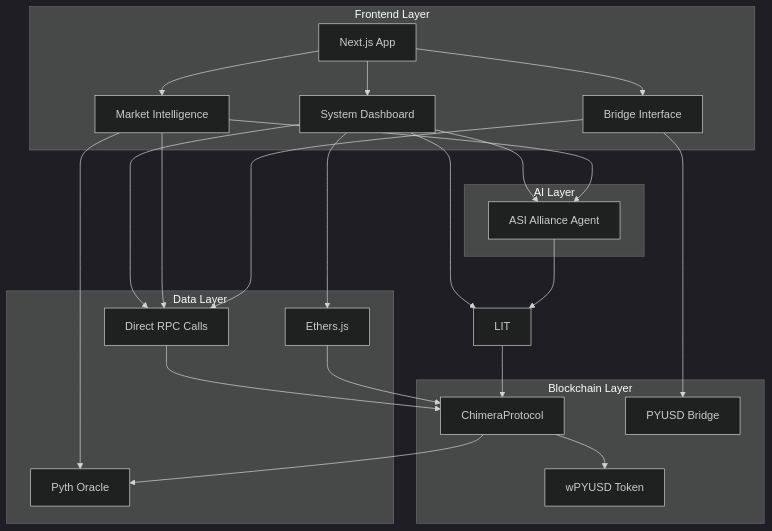
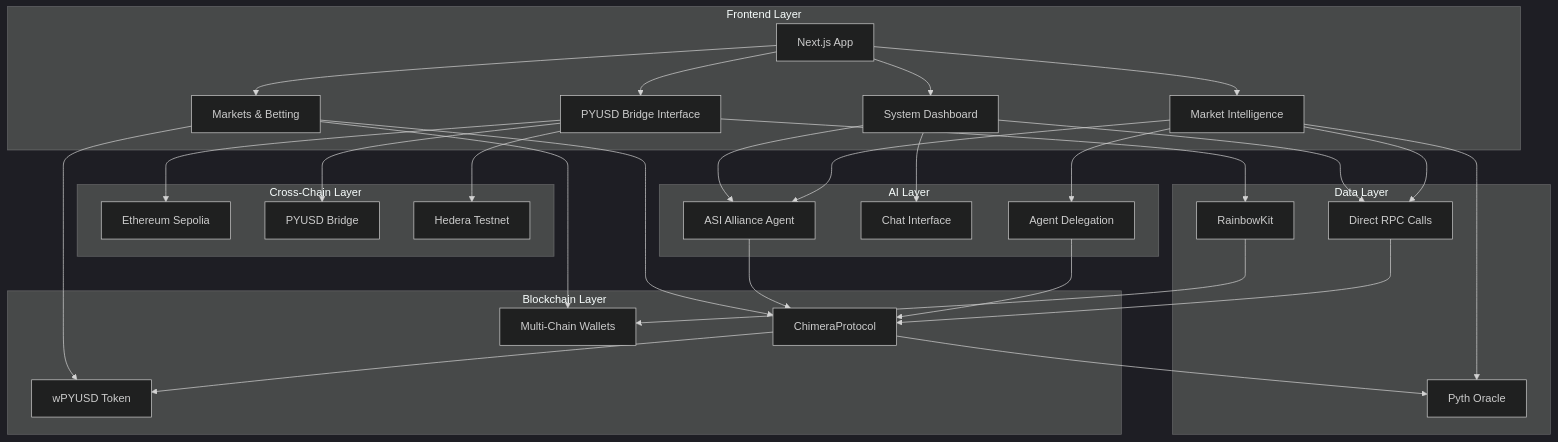
Before and after one commit to enliven17/chimera-protocol: the diagram in README.md, drawn with Mermaid (dark theme). The commit also changed other lines of this file, not shown here.

````diff
--- a/README.md
+++ b/README.md
@@ -59,50 +70,65 @@
 ```mermaid
 graph TB
     subgraph "Frontend Layer"
         FE[Next.js App]
         SD[System Dashboard]
         MI[Market Intelligence]
-        BR[Bridge Interface]
+        BR[PYUSD Bridge Interface]
+        MK[Markets & Betting]
     end
 
     subgraph "AI Layer"
         ASI[ASI Alliance Agent]
+        CHAT[Chat Interface]
+        AGENT[Agent Delegation]
+    end
 
+    subgraph "Cross-Chain Layer"
+        ETH[Ethereum Sepolia]
+        BRIDGE[PYUSD Bridge]
+        HED[Hedera Testnet]
     end
 
     subgraph "Data Layer"
         RPC[Direct RPC Calls]
         PYT[Pyth Oracle]
-        ETH[Ethers.js]
+        RK[RainbowKit]
     end
 
     subgraph "Blockchain Layer"
         CP[ChimeraProtocol]
         PYUSD[wPYUSD Token]
-        BRIDGE[PYUSD Bridge]
+        WALLET[Multi-Chain Wallets]
     end
 
     FE --> SD
     FE --> MI
     FE --> BR
+    FE --> MK
     
     SD --> ASI
-    SD --> LIT
+    SD --> CHAT
     SD --> RPC
-    SD --> ETH
     
     MI --> ASI
+    MI --> AGENT
     MI --> RPC
     MI --> PYT
     
+    BR --> RK
     BR --> BRIDGE
-    BR --> RPC
+    BR --> ETH
+    BR --> HED
     
-    ASI --> LIT
-    LIT --> CP
+    MK --> CP
+    MK --> PYUSD
+    MK --> WALLET
+    
+    ASI --> CP
+    AGENT --> CP
     CP --> PYUSD
     CP --> PYT
     
     RPC --> CP
-    ETH --> CP
+    RK --> WALLET
 ```
````
